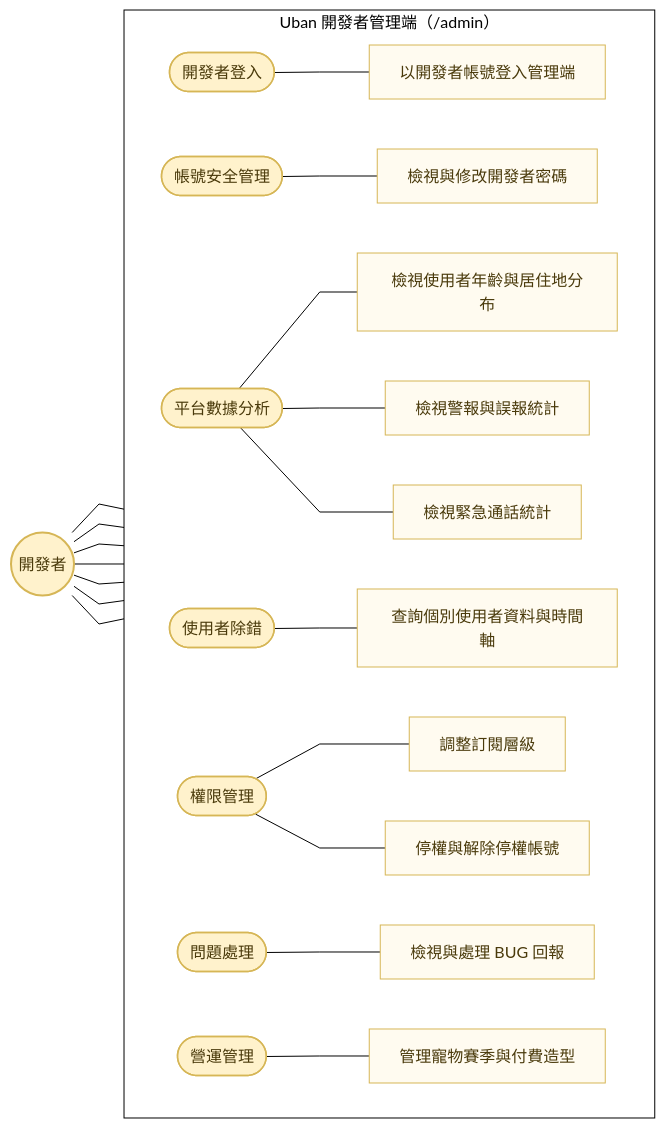
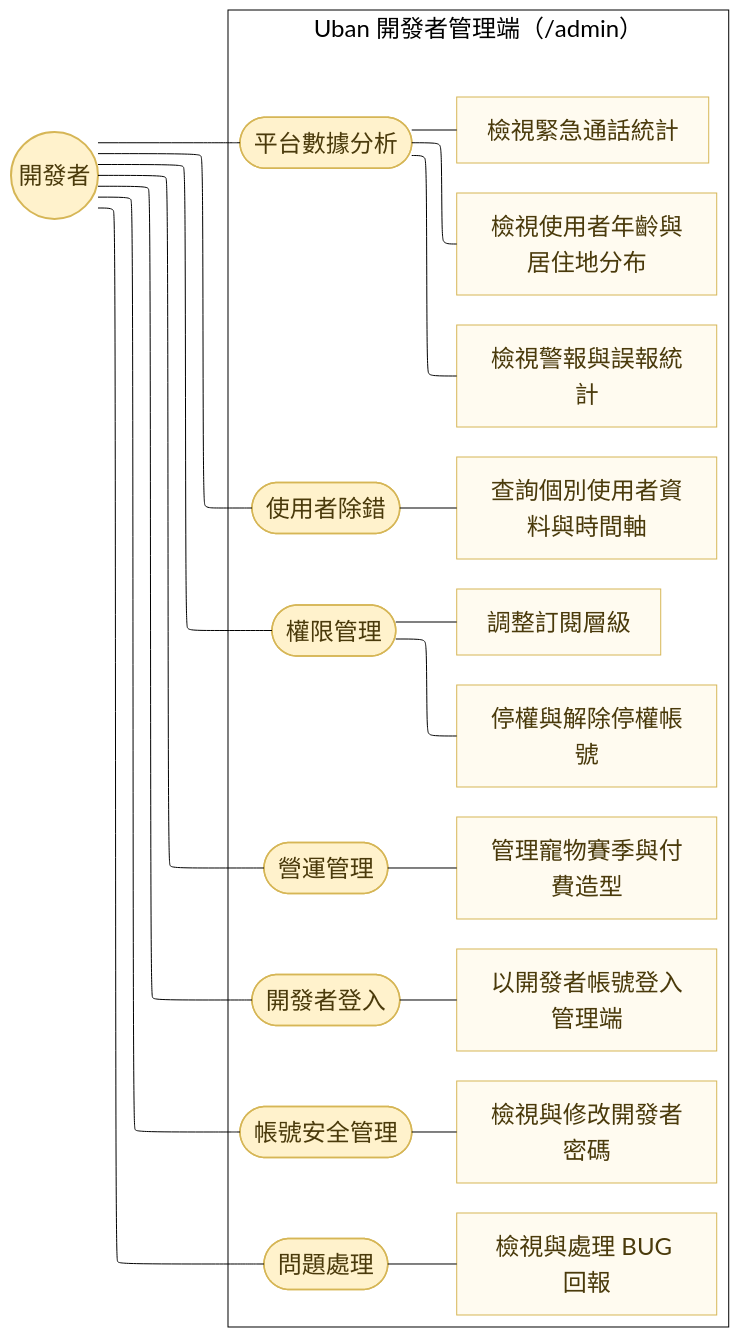
The diagram in Uban System Documents/mermaid原始碼/D525-使用個案-開發者.mmd (HuangYu-Kai/Uban), drawn with Mermaid before and after one commit. The commit also changed 37 other files, not shown here.

First line of the commit message:
圖表：改用 ELK 正交路由、字體放大到 24px、起訖點加上開始與結束標註

```diff
--- a/Uban System Documents/mermaid原始碼/D525-使用個案-開發者.mmd
+++ b/Uban System Documents/mermaid原始碼/D525-使用個案-開發者.mmd
@@ -1,44 +1,44 @@
-%%{init:{"flowchart":{"curve":"linear","htmlLabels":true},"themeVariables":{"clusterBkg":"#FFFFFF","clusterBorder":"#000000","edgeLabelBackground":"#FFFFFF","textColor":"#000000","nodeTextColor":"#000000","titleColor":"#000000","lineColor":"#000000"}}}%%
+%%{init:{"layout":"elk","elk":{"mergeEdges":false},"flowchart":{"htmlLabels":true},"themeVariables":{"clusterBkg":"#FFFFFF","clusterBorder":"#000000","edgeLabelBackground":"#FFFFFF","textColor":"#000000","nodeTextColor":"#000000","titleColor":"#000000","lineColor":"#000000","fontSize":"24px"}}}%%
 flowchart LR
   A(("開發者")):::actor
   subgraph SYS["Uban 開發者管理端（/admin）"]
     direction LR
     DU1(["開發者登入"]):::uc
     DE1["以開發者帳號登入管理端"]:::ev
     DU2(["帳號安全管理"]):::uc
     DE2["檢視與修改開發者密碼"]:::ev
     DU3(["平台數據分析"]):::uc
     DE3["檢視使用者年齡與居住地分布"]:::ev
     DE4["檢視警報與誤報統計"]:::ev
     DE5["檢視緊急通話統計"]:::ev
     DU4(["使用者除錯"]):::uc
     DE6["查詢個別使用者資料與時間軸"]:::ev
     DU5(["權限管理"]):::uc
     DE7["調整訂閱層級"]:::ev
     DE8["停權與解除停權帳號"]:::ev
     DU6(["問題處理"]):::uc
     DE9["檢視與處理 BUG 回報"]:::ev
     DU7(["營運管理"]):::uc
     DE10["管理寵物賽季與付費造型"]:::ev
   end
   A --- DU1
   DU1 --- DE1
   A --- DU2
   DU2 --- DE2
   A --- DU3
   DU3 --- DE3
   DU3 --- DE4
   DU3 --- DE5
   A --- DU4
   DU4 --- DE6
   A --- DU5
   DU5 --- DE7
   DU5 --- DE8
   A --- DU6
   DU6 --- DE9
   A --- DU7
   DU7 --- DE10
   classDef actor fill:#FFF2CC,stroke:#D6B656,stroke-width:2px,color:#4A3A0B
   classDef uc fill:#FFF2CC,stroke:#D6B656,stroke-width:1.5px,color:#4A3A0B
   classDef ev fill:#FFFBF0,stroke:#D6B656,stroke-width:1px,color:#4A3A0B
   classDef auto fill:#F5F5F5,stroke:#666666,stroke-width:1px,color:#222222
```
